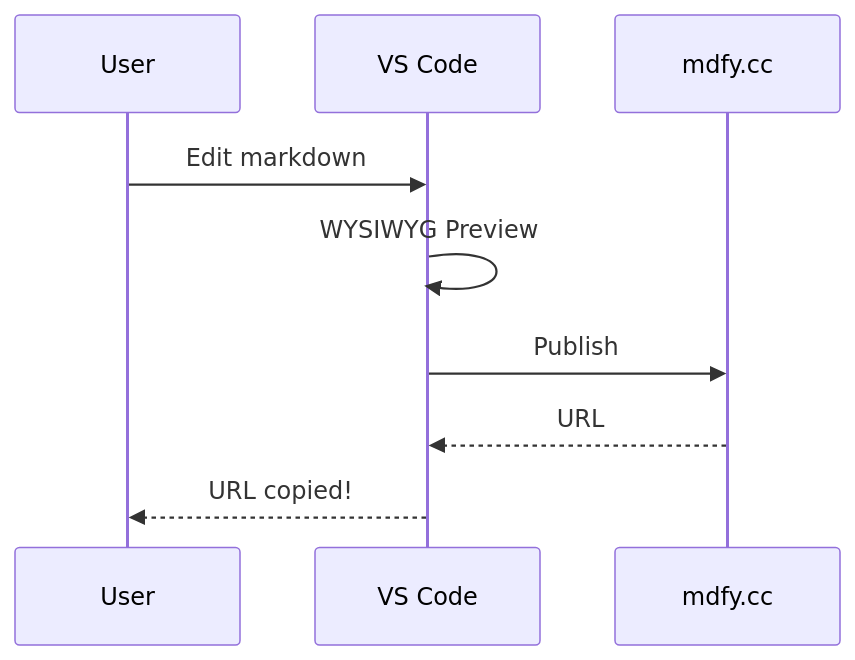
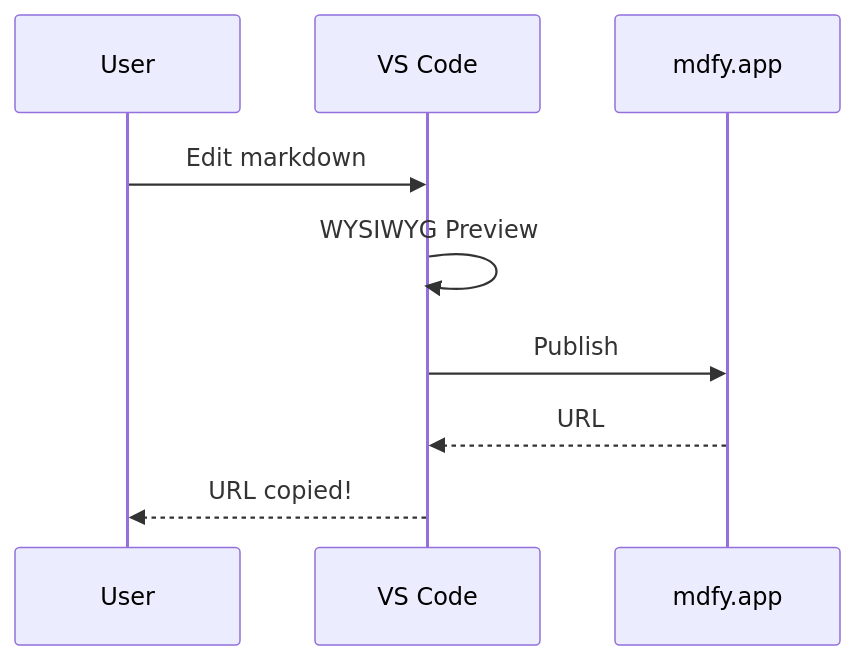
The second of 3 diagrams in apps/vscode-extension/test-all-features.md (raymindai/mdcore), drawn with Mermaid before and after one commit. The commit also changed other lines of this file and 123 other files, not shown here.

First line of the commit message:
Migrate domain: mdfy.cc → mdfy.app

````diff
--- a/apps/vscode-extension/test-all-features.md
+++ b/apps/vscode-extension/test-all-features.md
@@ -165,11 +165,11 @@
 ```mermaid
 sequenceDiagram
     participant U as User
     participant V as VS Code
-    participant S as mdfy.cc
+    participant S as mdfy.app
     U->>V: Edit markdown
     V->>V: WYSIWYG Preview
     V->>S: Publish
     S-->>V: URL
     V-->>U: URL copied!
 ```
````
